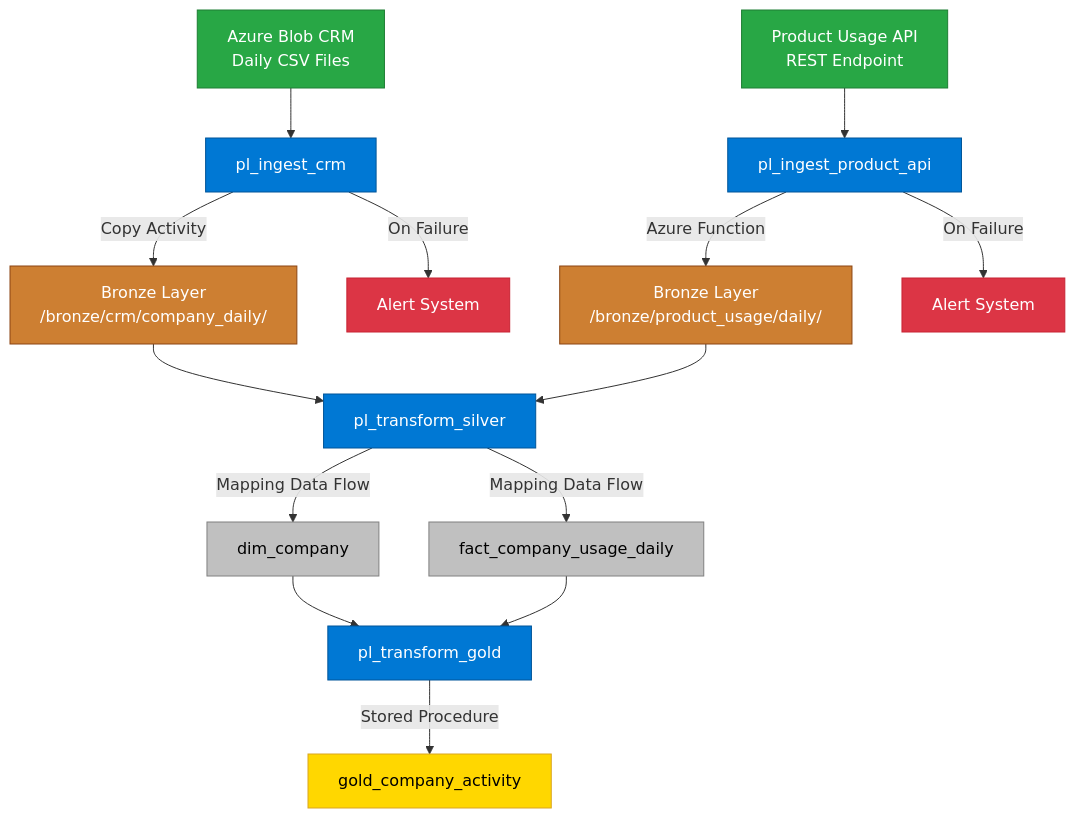
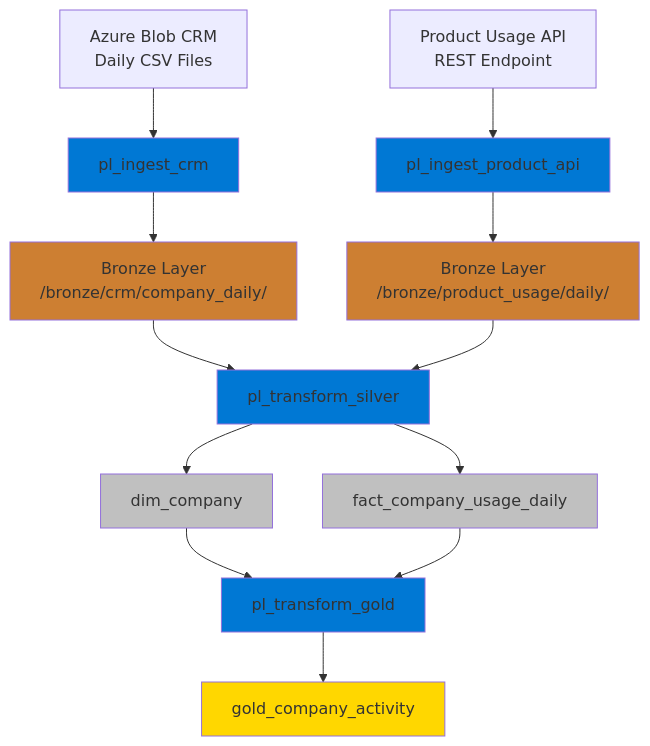
The diagram in docs/adf-architecture.md (thesalmajudah/palm-de), drawn with Mermaid before and after one commit.

````diff
--- a/docs/adf-architecture.md
+++ b/docs/adf-architecture.md
@@ -32,44 +32,41 @@
 ```mermaid
-graph TD
-    %% Data Sources
-    A[Azure Blob CRM<br/>Daily CSV Files] 
-    B[Product Usage API<br/>REST Endpoint]
+flowchart TD
+    A["Azure Blob CRM<br/>Daily CSV Files"] 
+    B["Product Usage API<br/>REST Endpoint"]
     
-    %% Ingestion Pipelines
-    A --> C[pl_ingest_crm]
-    B --> D[pl_ingest_product_api]
+    C["pl_ingest_crm"]
+    D["pl_ingest_product_api"]
     
-    %% Bronze Layer
-    C --> |Copy Activity| E[Bronze Layer<br/>/bronze/crm/company_daily/]
-    D --> |Azure Function| F[Bronze Layer<br/>/bronze/product_usage/daily/]
+    E["Bronze Layer<br/>/bronze/crm/company_daily/"]
+    F["Bronze Layer<br/>/bronze/product_usage/daily/"]
     
-    %% Silver Transformation
-    E --> G[pl_transform_silver]
+    G["pl_transform_silver"]
+    
+    H["dim_company"]
+    I["fact_company_usage_daily"]
+    
+    J["pl_transform_gold"]
+    K["gold_company_activity"]
+    
+    A --> C
+    B --> D
+    C --> E
+    D --> F
+    E --> G
     F --> G
-    G --> |Mapping Data Flow| H[dim_company]
-    G --> |Mapping Data Flow| I[fact_company_usage_daily]
+    G --> H
+    G --> I
+    H --> J
+    I --> J
+    J --> K
     
-    %% Gold Transformation
-    H --> J[pl_transform_gold]
-    I --> J
-    J --> |Stored Procedure| K[gold_company_activity]
-    
-    %% Error Handling
-    C --> |On Failure| L[Alert System]
-    D --> |On Failure| M[Alert System]
-    
-    %% Styling
-    classDef bronze fill:#cd7f32,stroke:#8B4513,color:#fff
-    classDef silver fill:#C0C0C0,stroke:#808080,color:#000
-    classDef gold fill:#FFD700,stroke:#DAA520,color:#000
-    classDef pipeline fill:#0078D4,stroke:#005599,color:#fff
-    classDef source fill:#28A745,stroke:#1E7E34,color:#fff
-    classDef alert fill:#DC3545,stroke:#C82333,color:#fff
-    
-    class E,F bronze
-    class H,I silver
-    class K gold
-    class C,D,G,J pipeline
-    class A,B source
-    class L,M alert
+    style E fill:#cd7f32
+    style F fill:#cd7f32
+    style H fill:#C0C0C0
+    style I fill:#C0C0C0
+    style K fill:#FFD700
+    style C fill:#0078D4
+    style D fill:#0078D4
+    style G fill:#0078D4
+    style J fill:#0078D4
 ```
````
